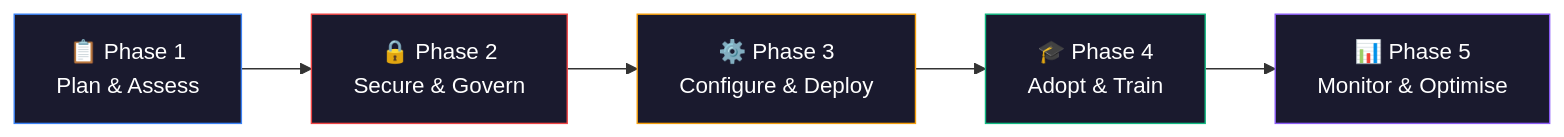
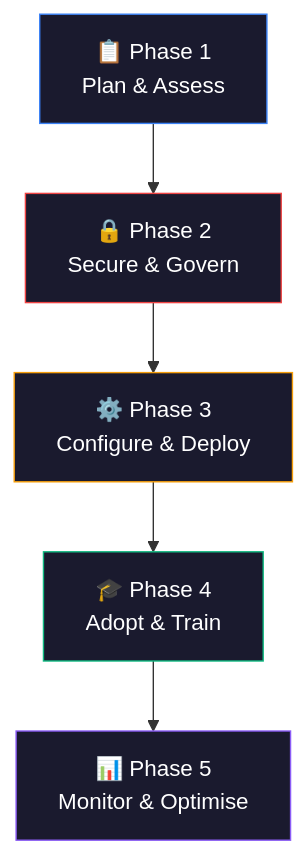
One commit to susanthgit/aguidetocloud-revamp changed the first of 2 diagrams in content/blog/microsoft-365-copilot-deployment-best-practices-ultimate-checklist.md. Above: the diagram before and after it, drawn with Mermaid. The commit also changed 6 other files, not shown here.

First line of the commit message:
Convert all Mermaid diagrams from horizontal to vertical layout

````diff
--- a/content/blog/microsoft-365-copilot-deployment-best-practices-ultimate-checklist.md
+++ b/content/blog/microsoft-365-copilot-deployment-best-practices-ultimate-checklist.md
@@ -68,13 +68,13 @@
 ```mermaid
-flowchart LR
+flowchart TD
     A["📋 Phase 1<br/>Plan & Assess"] --> B["🔒 Phase 2<br/>Secure & Govern"]
     B --> C["⚙️ Phase 3<br/>Configure & Deploy"]
     C --> D["🎓 Phase 4<br/>Adopt & Train"]
     D --> E["📊 Phase 5<br/>Monitor & Optimise"]
     
     style A fill:#1a1a2e,stroke:#3B82F6,color:#fff
     style B fill:#1a1a2e,stroke:#EF4444,color:#fff
     style C fill:#1a1a2e,stroke:#F59E0B,color:#fff
     style D fill:#1a1a2e,stroke:#10B981,color:#fff
     style E fill:#1a1a2e,stroke:#8B5CF6,color:#fff
 ```
````
